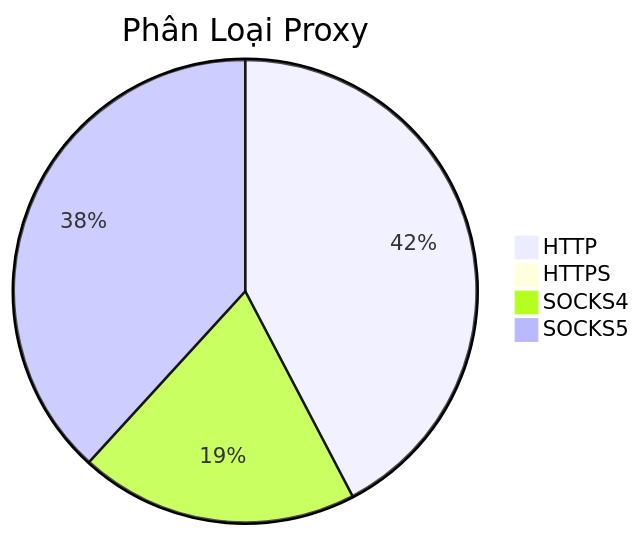
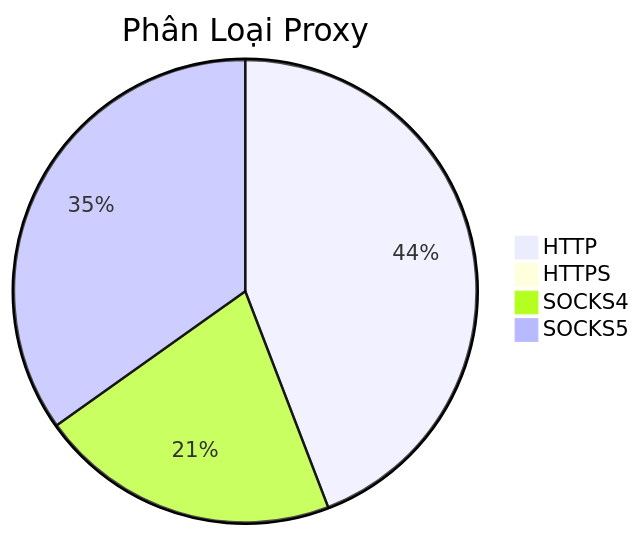
Before and after one commit to Ciara-Aa/PROXY-free: the diagram in README.md, drawn with Mermaid. The commit also changed other lines of this file and 3 other files, not shown here.

````diff
--- a/README.md
+++ b/README.md
@@ -26,7 +26,7 @@
 ```mermaid
 pie title Phân Loại Proxy
-    "HTTP" : 237
+    "HTTP" : 284
     "HTTPS" : 5
-    "SOCKS4" : 109
-    "SOCKS5" : 214
+    "SOCKS4" : 135
+    "SOCKS5" : 224
 ```
````
